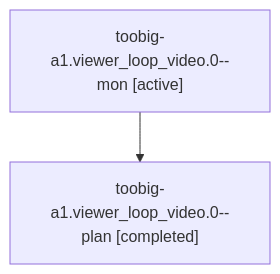
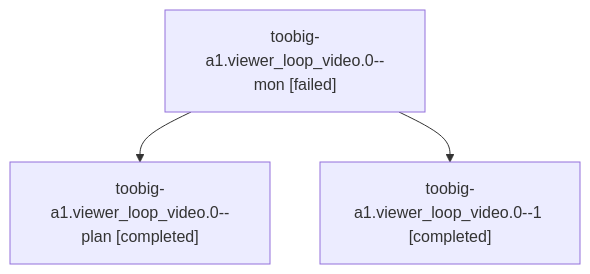
One commit to sase-org/sase--agents changed the diagram in sessions/bbugyi200.athena.toobig-a1.viewer_loop_video.0.md. Above: the diagram before and after it, drawn with Mermaid. The commit also changed other lines of this file and 31 other files, not shown here.

````diff
--- a/sessions/bbugyi200.athena.toobig-a1.viewer_loop_video.0.md
+++ b/sessions/bbugyi200.athena.toobig-a1.viewer_loop_video.0.md
@@ -9,6 +9,8 @@
 ```mermaid
 flowchart TD
-  n0["toobig-a1.viewer_loop_video.0--mon [active]"]
+  n0["toobig-a1.viewer_loop_video.0--mon [failed]"]
   n1["toobig-a1.viewer_loop_video.0--plan [completed]"]
   n0 --> n1
+  n2["toobig-a1.viewer_loop_video.0--1 [completed]"]
+  n0 --> n2
 ```
````
